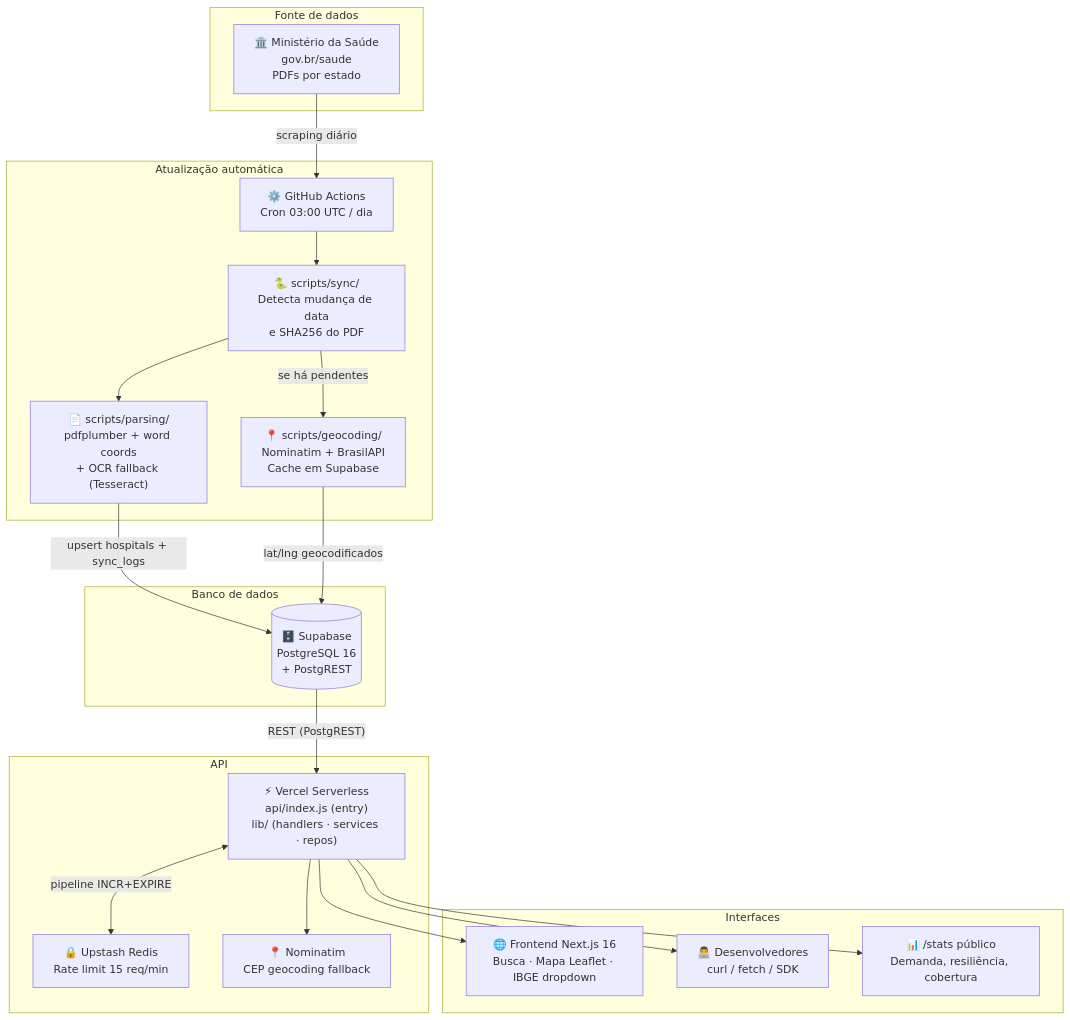
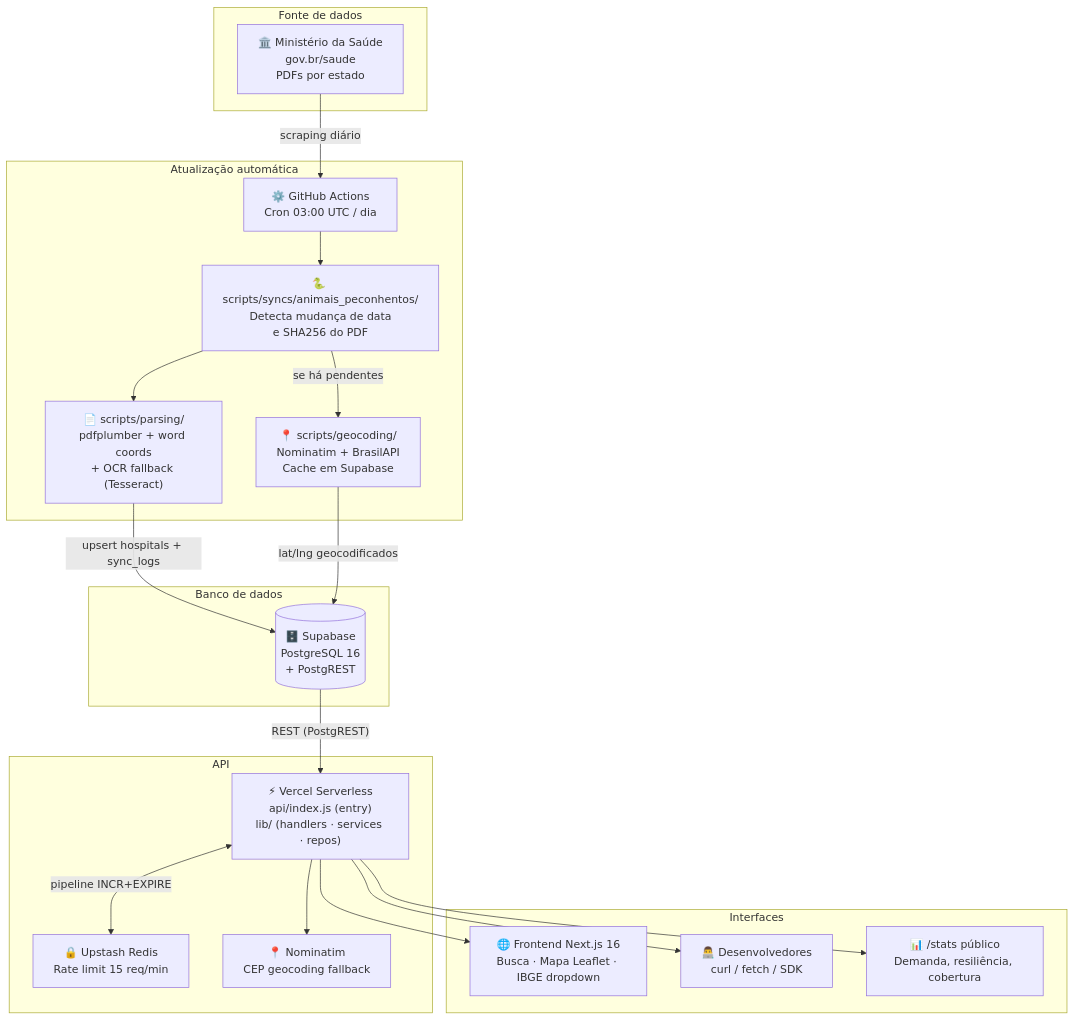
One commit to Codar-Sistemas/hospitais-referencia-api changed the first of 5 diagrams in README.md. Above: the diagram before and after it, drawn with Mermaid. The commit also changed other lines of this file and 10 other files, not shown here.

First line of the commit message:
refactor(scripts): rename scripts/sync → scripts/syncs/animais_peconhentos

````diff
--- a/README.md
+++ b/README.md
@@ -41,43 +41,43 @@
 ```mermaid
 graph TB
     subgraph "Fonte de dados"
         MS["🏛️ Ministério da Saúde<br/>gov.br/saude<br/>PDFs por estado"]
     end
 
     subgraph "Atualização automática"
         GHA["⚙️ GitHub Actions<br/>Cron 03:00 UTC / dia"]
-        SYNC["🐍 scripts/sync/<br/>Detecta mudança de data<br/>e SHA256 do PDF"]
+        SYNC["🐍 scripts/syncs/animais_peconhentos/<br/>Detecta mudança de data<br/>e SHA256 do PDF"]
         PARSER["📄 scripts/parsing/<br/>pdfplumber + word coords<br/>+ OCR fallback (Tesseract)"]
         GEO["📍 scripts/geocoding/<br/>Nominatim + BrasilAPI<br/>Cache em Supabase"]
     end
 
     subgraph "Banco de dados"
         SB[("🗄️ Supabase<br/>PostgreSQL 16<br/>+ PostgREST")]
     end
 
     subgraph "API"
         VR["⚡ Vercel Serverless<br/>api/index.js (entry)<br/>lib/ (handlers · services · repos)"]
         RL["🔒 Upstash Redis<br/>Rate limit 15 req/min"]
         NOM["📍 Nominatim<br/>CEP geocoding fallback"]
     end
 
     subgraph "Interfaces"
         WEB["🌐 Frontend Next.js 16<br/>Busca · Mapa Leaflet · IBGE dropdown"]
         DEV["👨‍💻 Desenvolvedores<br/>curl / fetch / SDK"]
         STATS["📊 /stats público<br/>Demanda, resiliência, cobertura"]
     end
 
     MS -->|"scraping diário"| GHA
     GHA --> SYNC
     SYNC --> PARSER
     PARSER -->|"upsert hospitals + sync_logs"| SB
     SYNC -->|"se há pendentes"| GEO
     GEO -->|"lat/lng geocodificados"| SB
 
     SB -->|"REST (PostgREST)"| VR
     VR --> NOM
     VR <-->|"pipeline INCR+EXPIRE"| RL
     VR --> WEB
     VR --> DEV
     VR --> STATS
 ```
````
